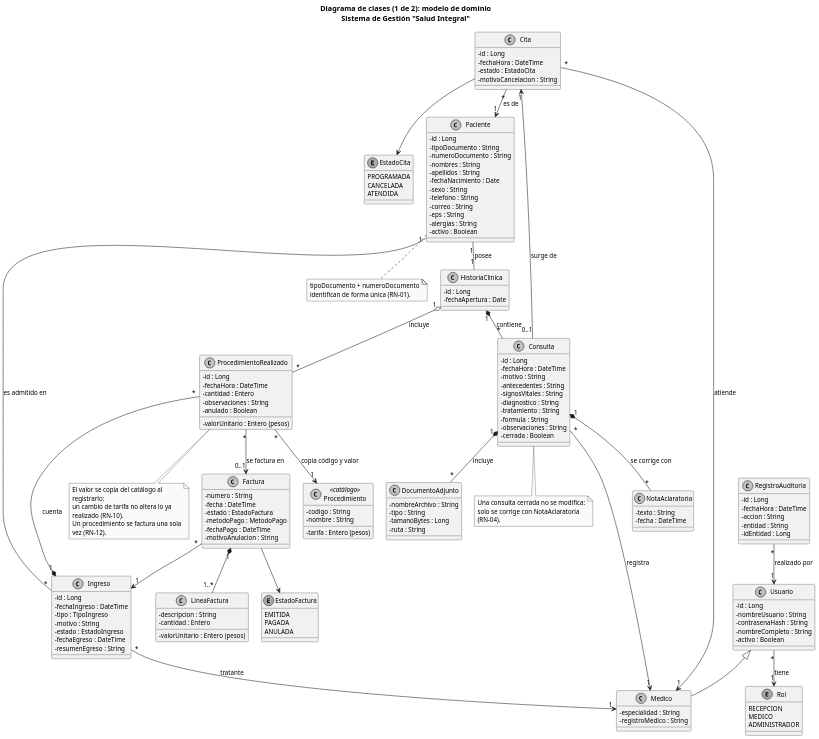
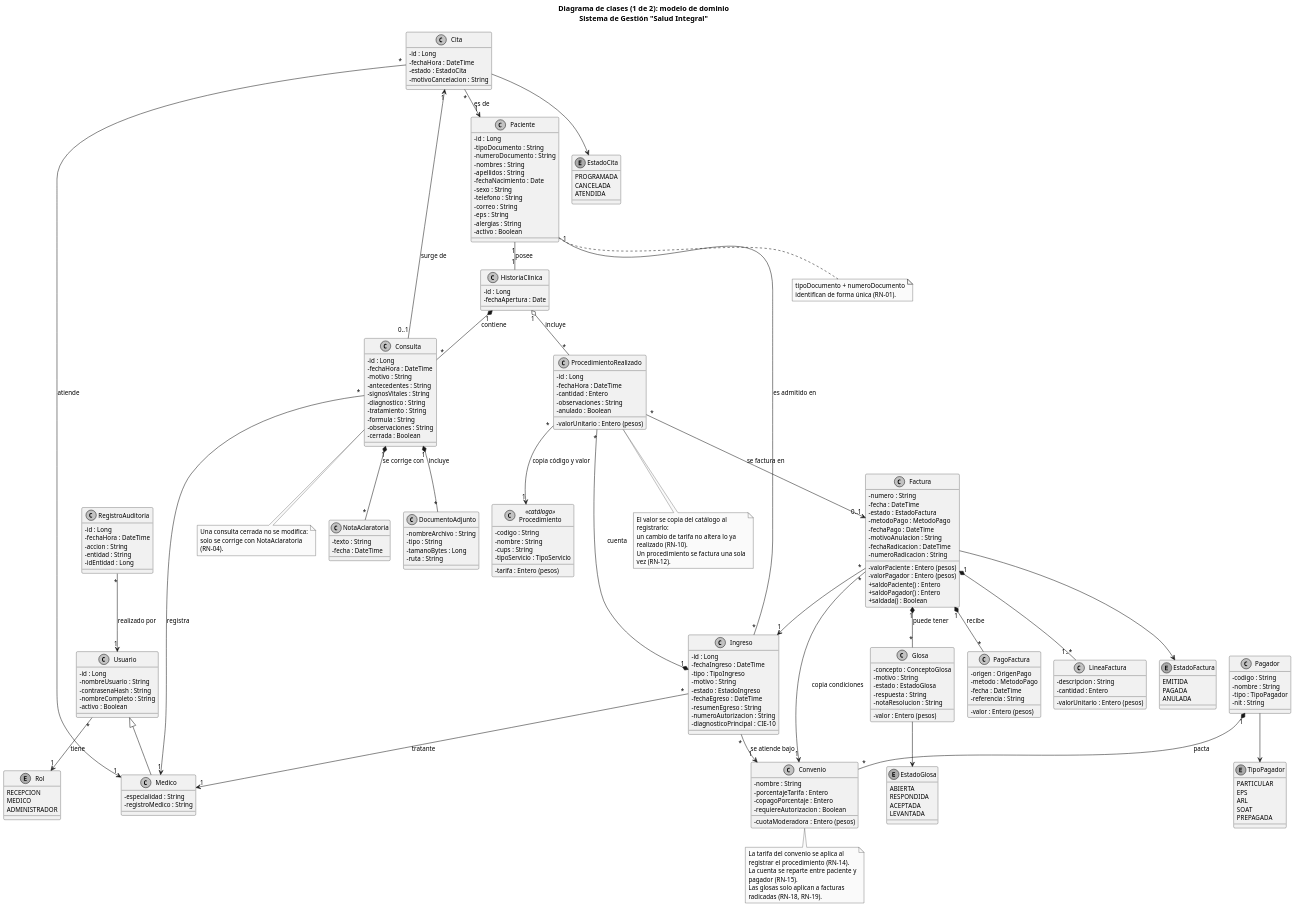
One commit to JNACHO2001/consultorio-medico changed the diagram in docs/uml/02a_clases_dominio.puml. Above: the diagram before and after it, drawn with PlantUML.

Commit message:
Actualiza clases de dominio con pagadores y glosas

```diff
--- a/docs/uml/02a_clases_dominio.puml
+++ b/docs/uml/02a_clases_dominio.puml
@@ -91,12 +91,16 @@
   - estado : EstadoIngreso
   - fechaEgreso : DateTime
   - resumenEgreso : String
+  - numeroAutorizacion : String
+  - diagnosticoPrincipal : CIE-10
 }
 
 class Procedimiento <<catálogo>> {
   - codigo : String
   - nombre : String
   - tarifa : Entero (pesos)
+  - cups : String
+  - tipoServicio : TipoServicio
 }
 
 class ProcedimientoRealizado {
@@ -115,6 +119,60 @@
   - metodoPago : MetodoPago
   - fechaPago : DateTime
   - motivoAnulacion : String
+  - valorPaciente : Entero (pesos)
+  - valorPagador : Entero (pesos)
+  - fechaRadicacion : DateTime
+  - numeroRadicacion : String
+  + saldoPaciente() : Entero
+  + saldoPagador() : Entero
+  + saldada() : Boolean
+}
+
+class Pagador {
+  - codigo : String
+  - nombre : String
+  - tipo : TipoPagador
+  - nit : String
+}
+
+class Convenio {
+  - nombre : String
+  - porcentajeTarifa : Entero
+  - copagoPorcentaje : Entero
+  - cuotaModeradora : Entero (pesos)
+  - requiereAutorizacion : Boolean
+}
+
+class PagoFactura {
+  - origen : OrigenPago
+  - metodo : MetodoPago
+  - valor : Entero (pesos)
+  - fecha : DateTime
+  - referencia : String
+}
+
+class Glosa {
+  - concepto : ConceptoGlosa
+  - motivo : String
+  - valor : Entero (pesos)
+  - estado : EstadoGlosa
+  - respuesta : String
+  - notaResolucion : String
+}
+
+enum EstadoGlosa {
+  ABIERTA
+  RESPONDIDA
+  ACEPTADA
+  LEVANTADA
+}
+
+enum TipoPagador {
+  PARTICULAR
+  EPS
+  ARL
+  SOAT
+  PREPAGADA
 }
 
 class LineaFactura {
@@ -167,6 +225,13 @@
 Factura "*" --> "1" Ingreso
 Factura "1" *-- "1..*" LineaFactura
 Factura --> EstadoFactura
+Pagador "1" *-- "*" Convenio : pacta
+Ingreso "*" --> "1" Convenio : se atiende bajo
+Factura "*" --> "1" Convenio : copia condiciones
+Factura "1" *-- "*" PagoFactura : recibe
+Factura "1" *-- "*" Glosa : puede tener
+Pagador --> TipoPagador
+Glosa --> EstadoGlosa
 
 RegistroAuditoria "*" --> "1" Usuario : realizado por
 
@@ -181,6 +246,12 @@
   Un procedimiento se factura una sola vez (RN-12).
 end note
 
+note bottom of Convenio
+  La tarifa del convenio se aplica al registrar el procedimiento (RN-14).
+  La cuenta se reparte entre paciente y pagador (RN-15).
+  Las glosas solo aplican a facturas radicadas (RN-18, RN-19).
+end note
+
 note bottom of Paciente
   tipoDocumento + numeroDocumento
   identifican de forma única (RN-01).
```
